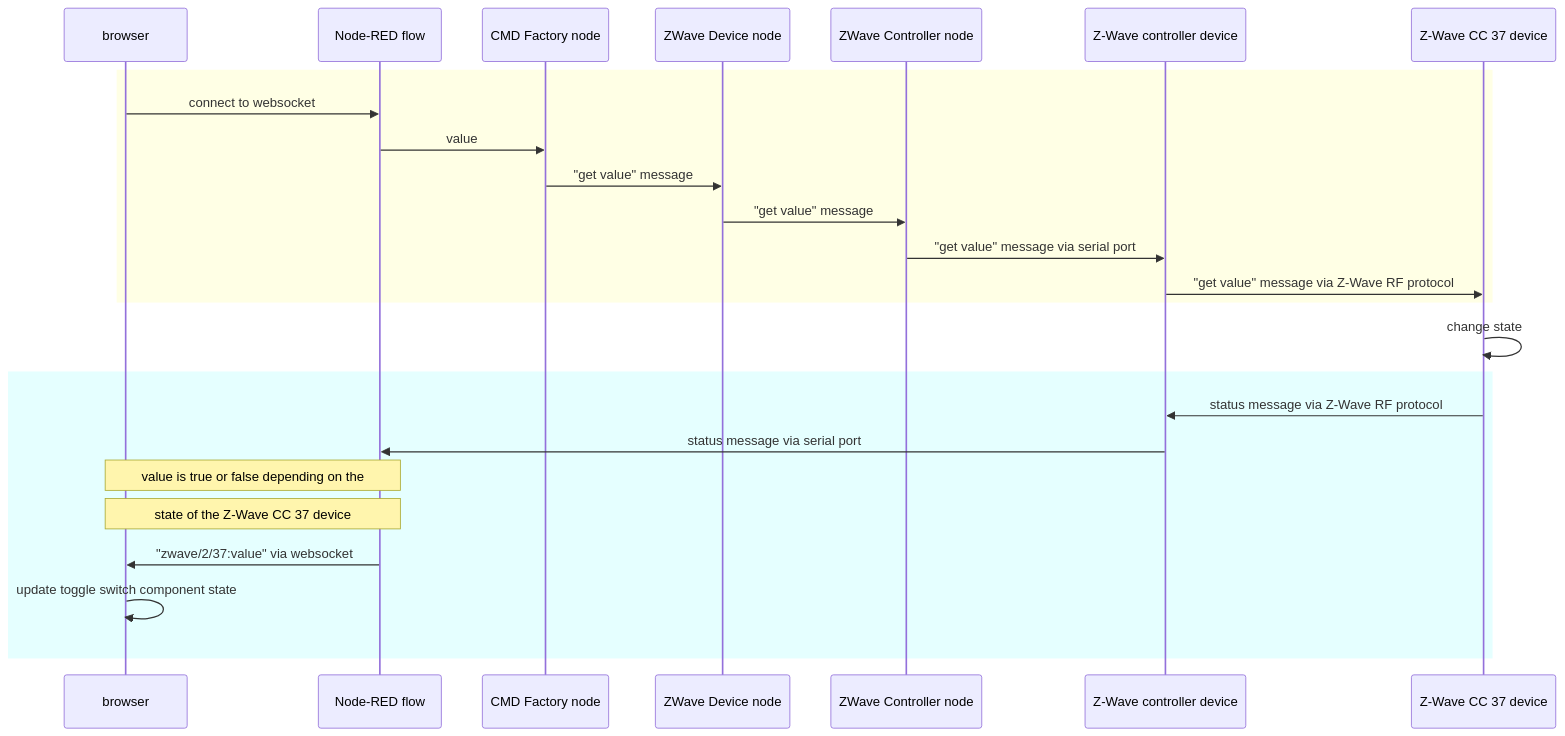
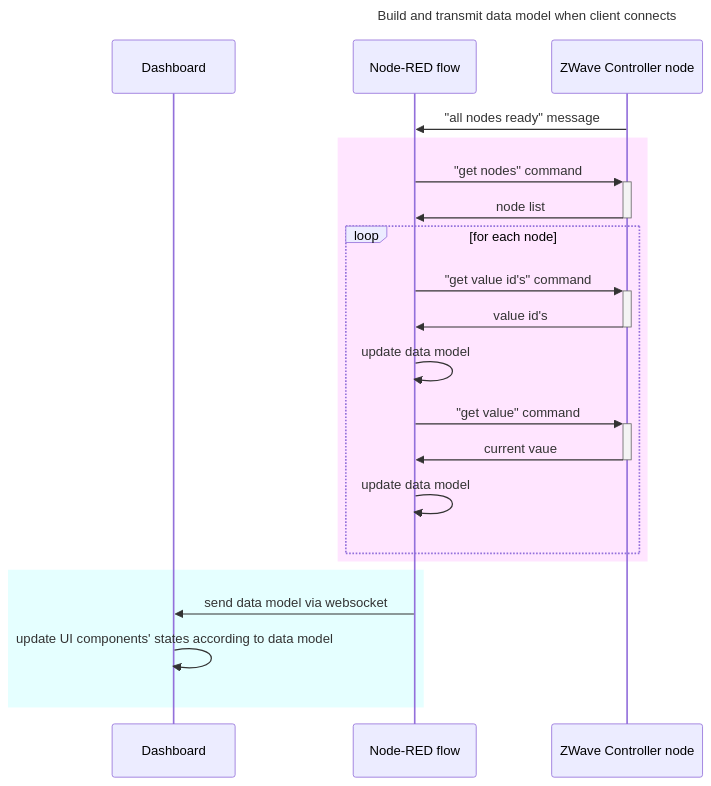
The third of 3 diagrams in README.md (parasaurolophus/node-red-zwave-js-example), drawn with Mermaid before and after one commit. The commit also changed other lines of this file and 6 other files, not shown here.

````diff
--- a/README.md
+++ b/README.md
@@ -319,31 +342,30 @@
 ```mermaid
+---
+title: Build and transmit data model when client connects
+---
 sequenceDiagram
 
-  participant browser
+  participant dashboard as Dashboard
   participant flow as Node-RED flow
-  participant cmdfactory as CMD Factory node
-  participant devicenode as ZWave Device node
   participant controllernode as ZWave Controller node
-  participant dongle as Z-Wave controller device
-  participant device as Z-Wave CC 37 device
 
-  rect rgba(255, 255, 0, 0.1)
-    browser ->> flow: connect to websocket
-    flow ->> cmdfactory: value
-    cmdfactory ->> devicenode: "get value" message
-    devicenode ->> controllernode: "get value" message
-    controllernode ->> dongle: "get value" message via serial port
-    dongle ->> device: "get value" message via Z-Wave RF protocol
+  controllernode ->> flow: "all nodes ready" message
+
+  rect rgba(255, 0, 255, 0.1)
+    flow ->>+ controllernode: "get nodes" command
+    controllernode ->>- flow: node list
+    loop for each node
+      flow ->>+ controllernode: "get value id's" command
+      controllernode ->>- flow: value id's
+      flow ->> flow: update data model
+      flow ->>+ controllernode: "get value" command
+      controllernode ->>- flow: current vaue
+      flow ->> flow: update data model
+    end
   end
 
-  device ->> device: change state
-
   rect rgba(0, 255, 255, 0.1)
-    device ->> dongle: status message via Z-Wave RF protocol
-    dongle ->> flow: status message via serial port
-    note over browser, flow: value is true or false depending on the
-    note over browser, flow: state of the Z-Wave CC 37 device
-    flow ->> browser: "zwave/2/37:value" via websocket
-    browser ->> browser: update toggle switch component state
+    flow ->> dashboard: send data model via websocket
+    dashboard ->> dashboard: update UI components' states according to data model
   end
 ```
````
